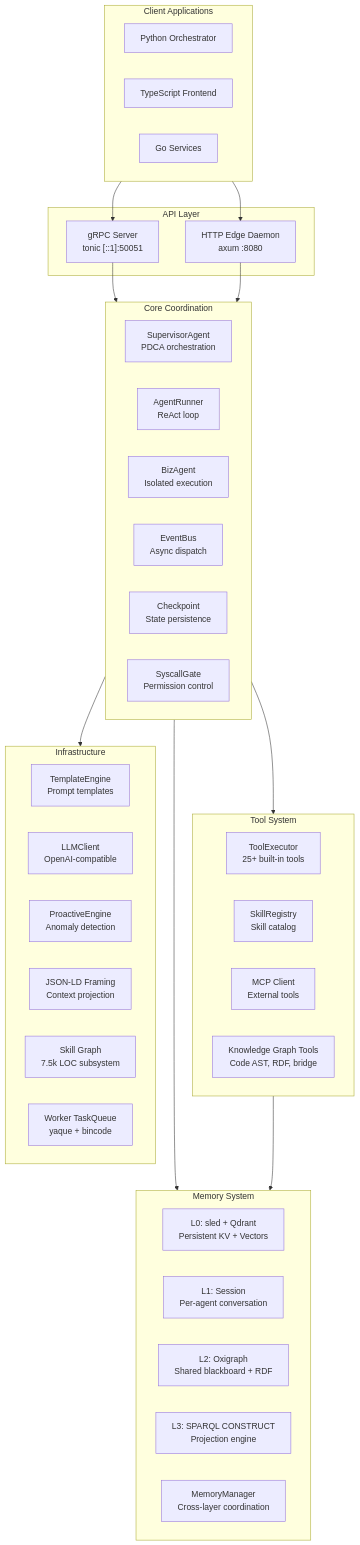
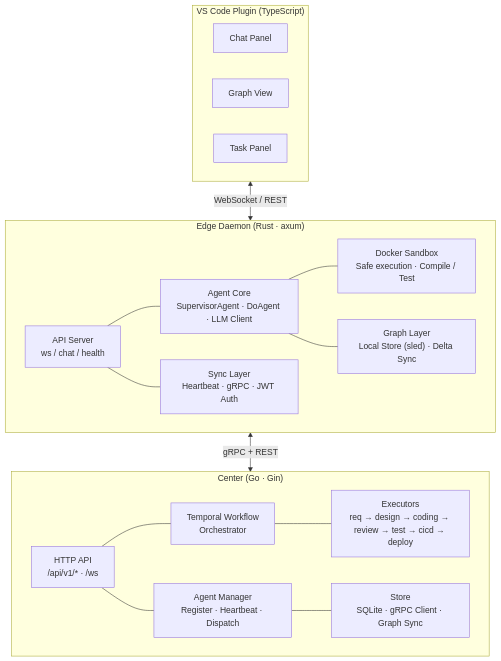
One commit to skaiy/gliding_horse_wildvibe changed the diagram in README.md. Above: the diagram before and after it, drawn with Mermaid. The commit also changed other lines of this file and 170 other files, not shown here.

````diff
--- a/README.md
+++ b/README.md
@@ -1130,55 +90,38 @@
 ```mermaid
-graph TB
-    subgraph Client["Client Applications"]
-        PY["Python Orchestrator"]
-        TS["TypeScript Frontend"]
-        GO["Go Services"]
+flowchart TB
+    subgraph VS["VS Code Plugin (TypeScript)"]
+        direction LR
+        CHAT["Chat Panel"]
+        GRAPH_V["Graph View"]
+        TASK_P["Task Panel"]
     end
-    
-    subgraph API["API Layer"]
-        GRPC["gRPC Server<br/>tonic [::1]:50051"]
-        HTTP["HTTP Edge Daemon<br/>axum :8080"]
+
+    subgraph EDGE["Edge Daemon (Rust · axum)"]
+        API_EDGE["API Server<br/>ws / chat / health"]
+        AGENT_CORE["Agent Core<br/>SupervisorAgent · DoAgent · LLM Client"]
+        DOCKER["Docker Sandbox<br/>Safe execution · Compile / Test"]
+        SYNC_EDGE["Sync Layer<br/>Heartbeat · gRPC · JWT Auth"]
+        GRAPH_EDGE["Graph Layer<br/>Local Store (sled) · Delta Sync"]
+        
+        API_EDGE --- AGENT_CORE
+        AGENT_CORE --- DOCKER
+        API_EDGE --- SYNC_EDGE
+        AGENT_CORE --- GRAPH_EDGE
     end
-    
-    subgraph Core["Core Coordination"]
-        SA["SupervisorAgent<br/>PDCA orchestration"]
-        AR["AgentRunner<br/>ReAct loop"]
-        BA["BizAgent<br/>Isolated execution"]
-        EB["EventBus<br/>Async dispatch"]
-        CP["Checkpoint<br/>State persistence"]
-        SG["SyscallGate<br/>Permission control"]
+
+    subgraph CTR["Center (Go · Gin)"]
+        API_CTR["HTTP API<br/>/api/v1/* · /ws"]
+        TEMPORAL["Temporal Workflow<br/>Orchestrator"]
+        AGENT_MGR["Agent Manager<br/>Register · Heartbeat · Dispatch"]
+        EXEC["Executors<br/>req → design → coding → review → test → cicd → deploy"]
+        STORE_CTR["Store<br/>SQLite · gRPC Client · Graph Sync"]
+        
+        API_CTR --- TEMPORAL
+        API_CTR --- AGENT_MGR
+        TEMPORAL --- EXEC
+        AGENT_MGR --- STORE_CTR
     end
-    
-    subgraph Memory["Memory System"]
-        L0["L0: sled + Qdrant<br/>Persistent KV + Vectors"]
-        L1["L1: Session<br/>Per-agent conversation"]
-        L2["L2: Oxigraph<br/>Shared blackboard + RDF"]
-        L3["L3: SPARQL CONSTRUCT<br/>Projection engine"]
-        MM["MemoryManager<br/>Cross-layer coordination"]
-    end
-    
-    subgraph Tools["Tool System"]
-        TE["ToolExecutor<br/>25+ built-in tools"]
-        SR["SkillRegistry<br/>Skill catalog"]
-        MCP["MCP Client<br/>External tools"]
-        KG["Knowledge Graph Tools<br/>Code AST, RDF, bridge"]
-    end
-    
-    subgraph Infra["Infrastructure"]
-        TMPL["TemplateEngine<br/>Prompt templates"]
-        LLM["LLMClient<br/>OpenAI-compatible"]
-        PE["ProactiveEngine<br/>Anomaly detection"]
-        JL["JSON-LD Framing<br/>Context projection"]
-        SKG["Skill Graph<br/>7.5k LOC subsystem"]
-        WQ["Worker TaskQueue<br/>yaque + bincode"]
-    end
-    
-    Client --> GRPC
-    Client --> HTTP
-    GRPC --> Core
-    HTTP --> Core
-    Core --> Memory
-    Core --> Tools
-    Core --> Infra
-    Tools --> Memory
+
+    VS <-->|"WebSocket / REST"| EDGE
+    EDGE <-->|"gRPC + REST"| CTR
 ```
````
